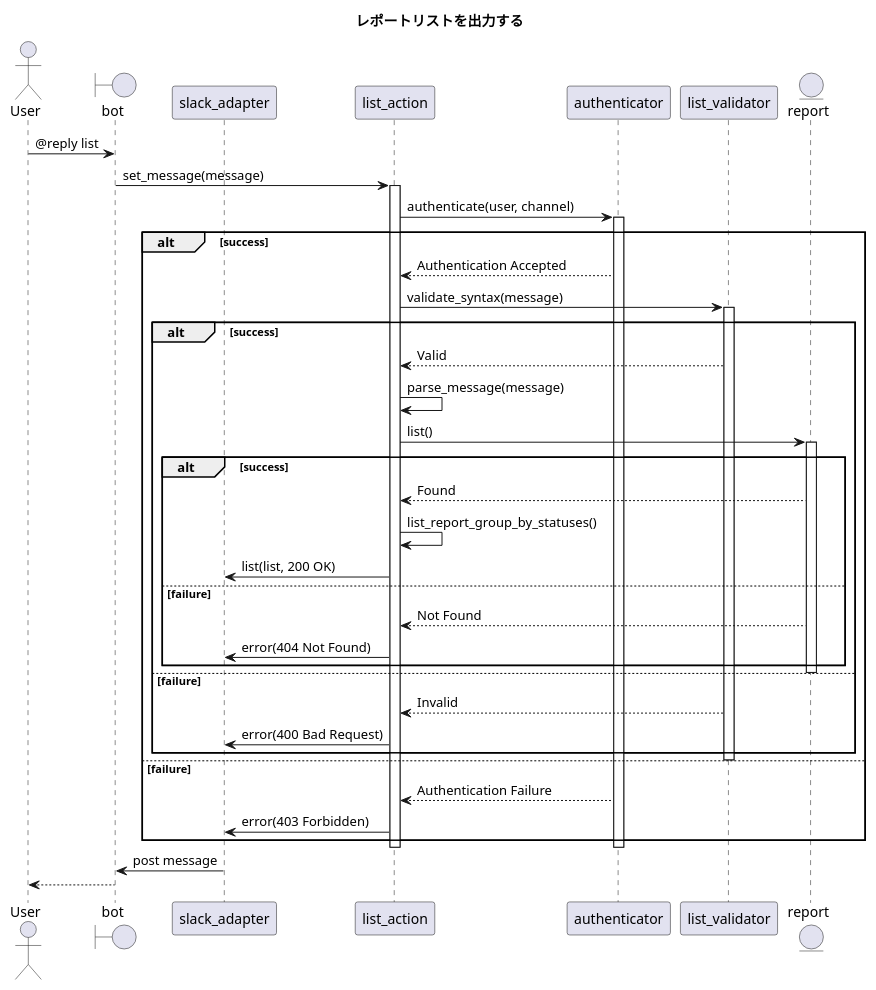
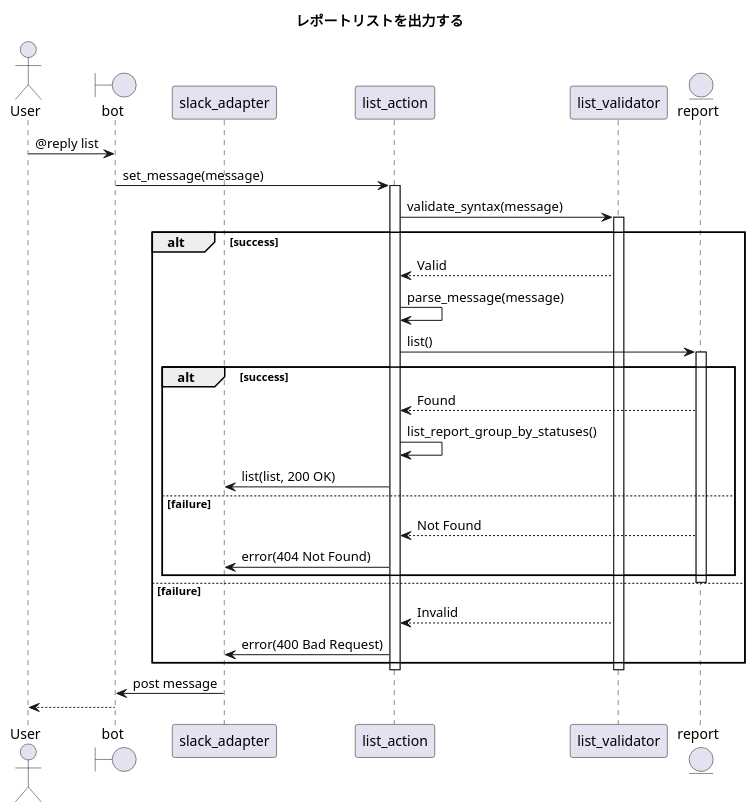
The diagram in 1.design/5.sequences/list-report.md (ito-masam/kpt-guard.doc), drawn with PlantUML before and after one commit. The commit also changed 15 other files, not shown here.

```diff
--- a/1.design/5.sequences/list-report.md
+++ b/1.design/5.sequences/list-report.md
@@ -1,54 +1,43 @@
 @startuml
 
     ' ----------- meta
     title レポートリストを出力する
 
     actor User
     boundary bot
     participant slack_adapter
     participant list_action
-    participant authenticator
     participant list_validator
     entity report
 
     ' ----------- main
     User -> bot : @reply list
     bot -> list_action : set_message(message)
     activate list_action
-      list_action -> authenticator : authenticate(user, channel)
-      activate authenticator
-        alt success
-          authenticator --> list_action : Authentication Accepted
-          list_action -> list_validator : validate_syntax(message)
-          activate list_validator
+        list_action -> list_validator : validate_syntax(message)
+        activate list_validator
             alt success
-              list_validator --> list_action : Valid
-              list_action -> list_action : parse_message(message)
-              list_action -> report : list()
-              activate report
-                alt success
-                  report --> list_action : Found
-                  list_action -> list_action : list_report_group_by_statuses()
-                  list_action -> slack_adapter : list(list, 200 OK)
-                else failure
-                  report --> list_action : Not Found
-                  list_action -> slack_adapter : error(404 Not Found)
-                end
-              deactivate report
+                list_validator --> list_action : Valid
+                list_action -> list_action : parse_message(message)
+                list_action -> report : list()
+                activate report
+                    alt success
+                        report --> list_action : Found
+                        list_action -> list_action : list_report_group_by_statuses()
+                        list_action -> slack_adapter : list(list, 200 OK)
+                    else failure
+                        report --> list_action : Not Found
+                        list_action -> slack_adapter : error(404 Not Found)
+                    end
+                deactivate report
             else failure
-              ' ----------- alternative
-              list_validator --> list_action : Invalid
-              list_action -> slack_adapter : error(400 Bad Request)
+                ' ----------- alternative
+                list_validator --> list_action : Invalid
+                list_action -> slack_adapter : error(400 Bad Request)
             end
-          deactivate list_validator
-        else failure
-          ' ----------- alternative
-          authenticator --> list_action : Authentication Failure
-          list_action -> slack_adapter : error(403 Forbidden)
-        end
-      deactivate authenticator
+        deactivate list_validator
     deactivate list_action
     slack_adapter -> bot : post message
     bot --> User
 
 @enduml
```
